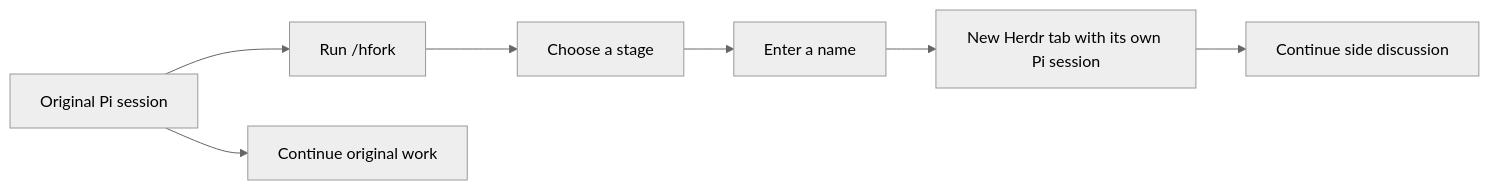
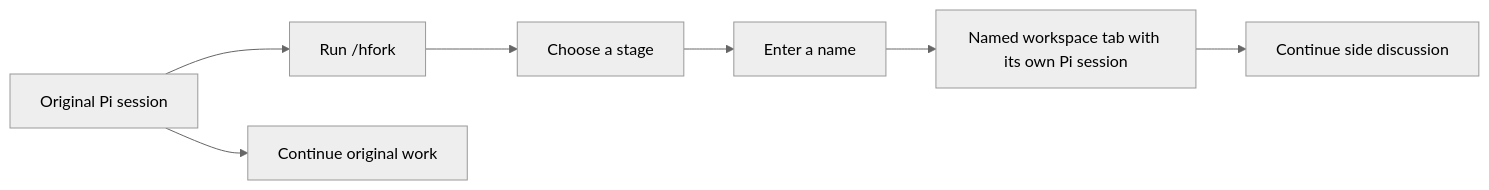
The diagram in README.md (1am2syman/pi-herdr-session-fork), drawn with Mermaid (neutral theme) before and after one commit. The commit also changed other lines of this file and 10 other files, not shown here.

First line of the commit message:
Support Moshi workspace forks without herdr-app

````diff
--- a/README.md
+++ b/README.md
@@ -57,9 +58,9 @@
 ```mermaid
 flowchart LR
     A[Original Pi session] --> B[Run /hfork]
     B --> C[Choose a stage]
     C --> D[Enter a name]
-    D --> E[New Herdr tab with its own Pi session]
+    D --> E[Named workspace tab with its own Pi session]
     A --> F[Continue original work]
     E --> G[Continue side discussion]
 ```
````
